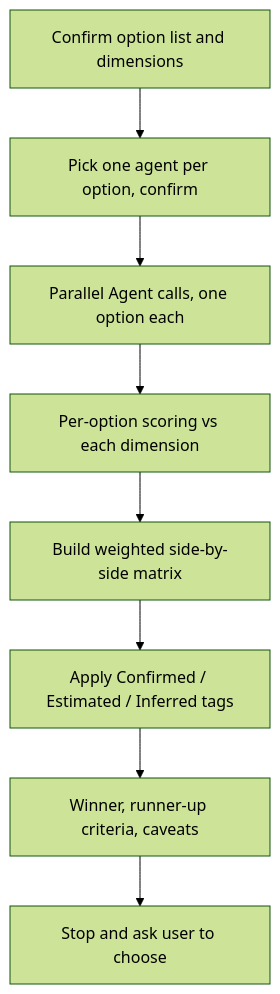
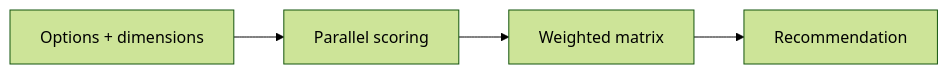
One commit to marcoskichel/elevator-pitch-skill changed the second of 2 diagrams in plugins/empire-research/README.md. Above: the diagram before and after it, drawn with Mermaid (forest theme). The commit also changed other lines of this file and 5 other files, not shown here.

First line of the commit message:
docs: simplify per-skill diagrams to horizontal high-level flow

````diff
--- a/plugins/empire-research/README.md
+++ b/plugins/empire-research/README.md
@@ -47,10 +43,6 @@
 ```mermaid
-flowchart TD
-  inputs[Confirm option list and dimensions] --> roster[Pick one agent per option, confirm]
-  roster --> dispatch[Parallel Agent calls, one option each]
-  dispatch --> score[Per-option scoring vs each dimension]
-  score --> matrix[Build weighted side-by-side matrix]
-  matrix --> tag[Apply Confirmed / Estimated / Inferred tags]
-  tag --> rec[Winner, runner-up criteria, caveats]
-  rec --> stop[Stop and ask user to choose]
+flowchart LR
+  options[Options + dimensions] --> dispatch[Parallel scoring]
+  dispatch --> matrix[Weighted matrix]
+  matrix --> rec[Recommendation]
 ```
````
